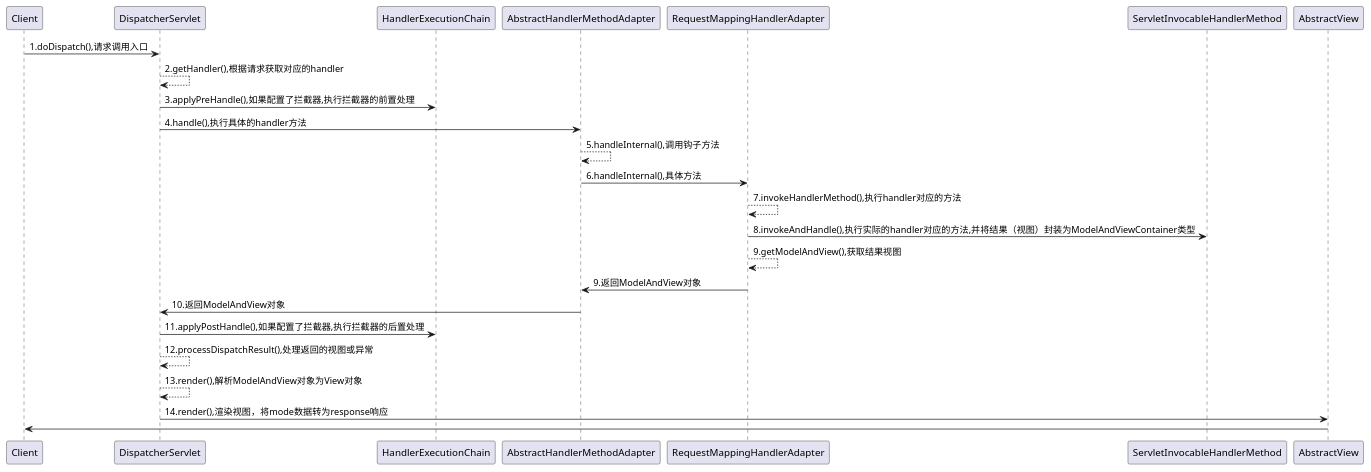
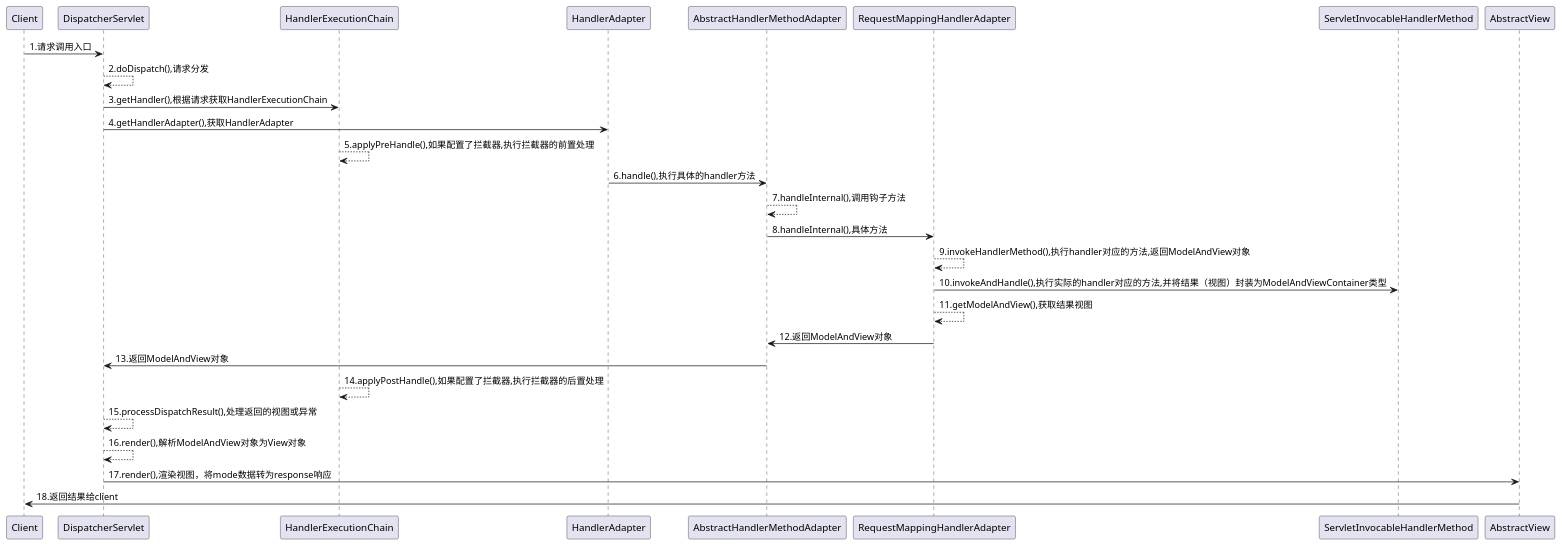
One commit to Qh92/SpringMVC changed the diagram in doc/SpringMVC时序图.puml. Above: the diagram before and after it, drawn with PlantUML.

Commit message:
feat:修改SpringMVC的时序图

```diff
--- a/doc/SpringMVC时序图.puml
+++ b/doc/SpringMVC时序图.puml
@@ -1,21 +1,23 @@
 @startuml
-Client -> DispatcherServlet: 1.doDispatch(),请求调用入口
-DispatcherServlet --> DispatcherServlet: 2.getHandler(),根据请求获取对应的handler
-DispatcherServlet -> HandlerExecutionChain:3.applyPreHandle(),如果配置了拦截器,执行拦截器的前置处理
-DispatcherServlet -> AbstractHandlerMethodAdapter: 4.handle(),执行具体的handler方法
-AbstractHandlerMethodAdapter --> AbstractHandlerMethodAdapter: 5.handleInternal(),调用钩子方法
-AbstractHandlerMethodAdapter -> RequestMappingHandlerAdapter: 6.handleInternal(),具体方法
-RequestMappingHandlerAdapter --> RequestMappingHandlerAdapter: 7.invokeHandlerMethod(),执行handler对应的方法
-RequestMappingHandlerAdapter -> ServletInvocableHandlerMethod: 8.invokeAndHandle(),执行实际的handler对应的方法,并将结果（视图）封装为ModelAndViewContainer类型
-RequestMappingHandlerAdapter --> RequestMappingHandlerAdapter: 9.getModelAndView(),获取结果视图
-RequestMappingHandlerAdapter -> AbstractHandlerMethodAdapter: 9.返回ModelAndView对象
-AbstractHandlerMethodAdapter -> DispatcherServlet: 10.返回ModelAndView对象
-DispatcherServlet -> HandlerExecutionChain: 11.applyPostHandle(),如果配置了拦截器,执行拦截器的后置处理
-DispatcherServlet --> DispatcherServlet: 12.processDispatchResult(),处理返回的视图或异常
-DispatcherServlet --> DispatcherServlet: 13.render(),解析ModelAndView对象为View对象
-DispatcherServlet -> AbstractView: 14.render(),渲染视图，将mode数据转为response响应
-AbstractView -> Client
+Client -> DispatcherServlet: 1.请求调用入口
+DispatcherServlet --> DispatcherServlet: 2.doDispatch(),请求分发
+DispatcherServlet -> HandlerExecutionChain: 3.getHandler(),根据请求获取HandlerExecutionChain
+DispatcherServlet -> HandlerAdapter: 4.getHandlerAdapter(),获取HandlerAdapter
+HandlerExecutionChain --> HandlerExecutionChain: 5.applyPreHandle(),如果配置了拦截器,执行拦截器的前置处理
+HandlerAdapter -> AbstractHandlerMethodAdapter: 6.handle(),执行具体的handler方法
+AbstractHandlerMethodAdapter --> AbstractHandlerMethodAdapter: 7.handleInternal(),调用钩子方法
+AbstractHandlerMethodAdapter -> RequestMappingHandlerAdapter: 8.handleInternal(),具体方法
+RequestMappingHandlerAdapter --> RequestMappingHandlerAdapter: 9.invokeHandlerMethod(),执行handler对应的方法,返回ModelAndView对象
+RequestMappingHandlerAdapter -> ServletInvocableHandlerMethod: 10.invokeAndHandle(),执行实际的handler对应的方法,并将结果（视图）封装为ModelAndViewContainer类型
+RequestMappingHandlerAdapter --> RequestMappingHandlerAdapter: 11.getModelAndView(),获取结果视图
+RequestMappingHandlerAdapter -> AbstractHandlerMethodAdapter: 12.返回ModelAndView对象
+AbstractHandlerMethodAdapter -> DispatcherServlet: 13.返回ModelAndView对象
+HandlerExecutionChain --> HandlerExecutionChain: 14.applyPostHandle(),如果配置了拦截器,执行拦截器的后置处理
+DispatcherServlet --> DispatcherServlet: 15.processDispatchResult(),处理返回的视图或异常
+DispatcherServlet --> DispatcherServlet: 16.render(),解析ModelAndView对象为View对象
+DispatcherServlet -> AbstractView: 17.render(),渲染视图，将mode数据转为response响应
+AbstractView -> Client: 18.返回结果给client
 
 
 
 @enduml
```
